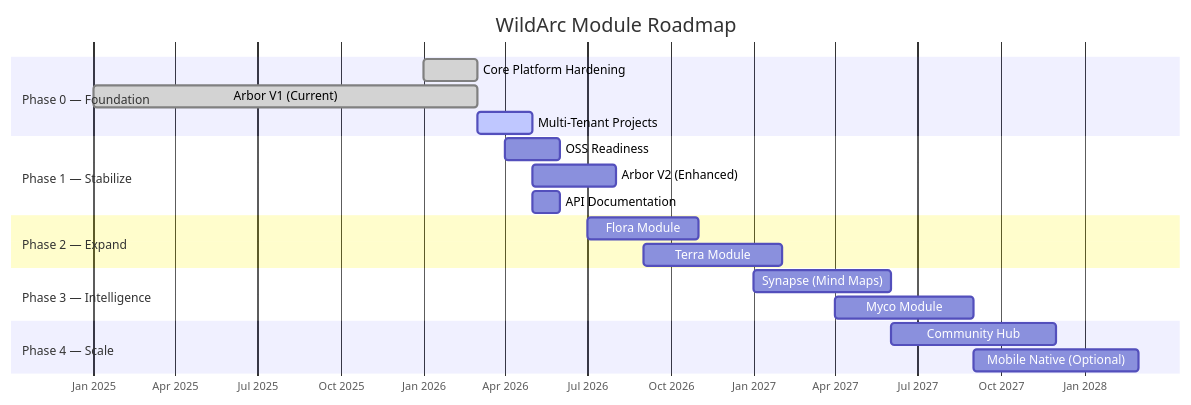
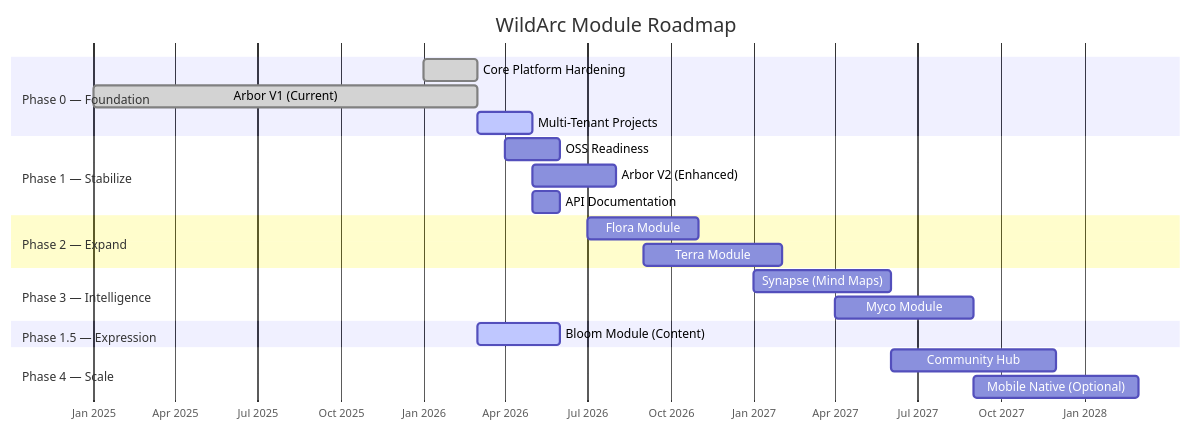
One commit to yozo06/tms changed the first of 2 diagrams in docs/vision/03_MODULE_ROADMAP.md. Above: the diagram before and after it, drawn with Mermaid. The commit also changed other lines of this file and 44 other files, not shown here.

````diff
--- a/docs/vision/03_MODULE_ROADMAP.md
+++ b/docs/vision/03_MODULE_ROADMAP.md
@@ -9,28 +9,31 @@
 ```mermaid
 gantt
     title WildArc Module Roadmap
     dateFormat  YYYY-MM
     axisFormat  %b %Y
 
     section Phase 0 — Foundation
     Core Platform Hardening     :done,  p0a, 2026-01, 2026-03
     Arbor V1 (Current)          :done,  p0b, 2025-01, 2026-03
     Multi-Tenant Projects       :active,p0c, 2026-03, 2026-05
 
     section Phase 1 — Stabilize
     OSS Readiness               :       p1a, 2026-04, 2026-06
     Arbor V2 (Enhanced)         :       p1b, 2026-05, 2026-08
     API Documentation           :       p1c, 2026-05, 2026-06
 
     section Phase 2 — Expand
     Flora Module                :       p2a, 2026-07, 2026-11
     Terra Module                :       p2b, 2026-09, 2027-02
 
     section Phase 3 — Intelligence
     Synapse (Mind Maps)         :       p3a, 2027-01, 2027-06
     Myco Module                 :       p3b, 2027-04, 2027-09
 
+    section Phase 1.5 — Expression
+    Bloom Module (Content)      :active, p15a, 2026-03, 2026-06
+
     section Phase 4 — Scale
     Community Hub               :       p4a, 2027-06, 2027-12
     Mobile Native (Optional)    :       p4b, 2027-09, 2028-03
 ```
````
